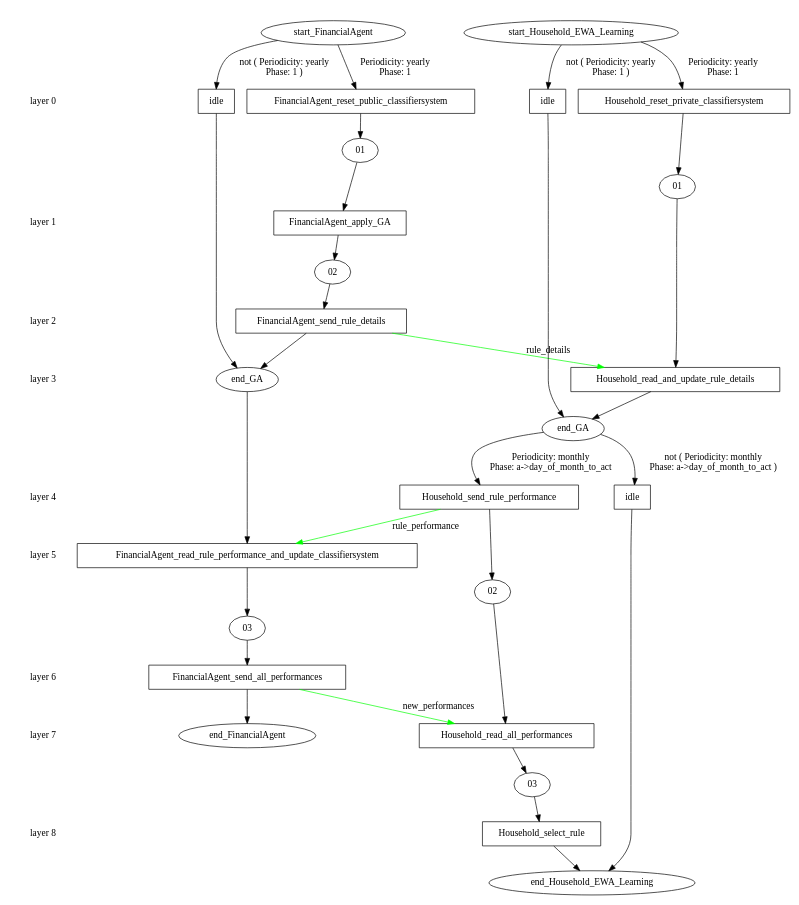
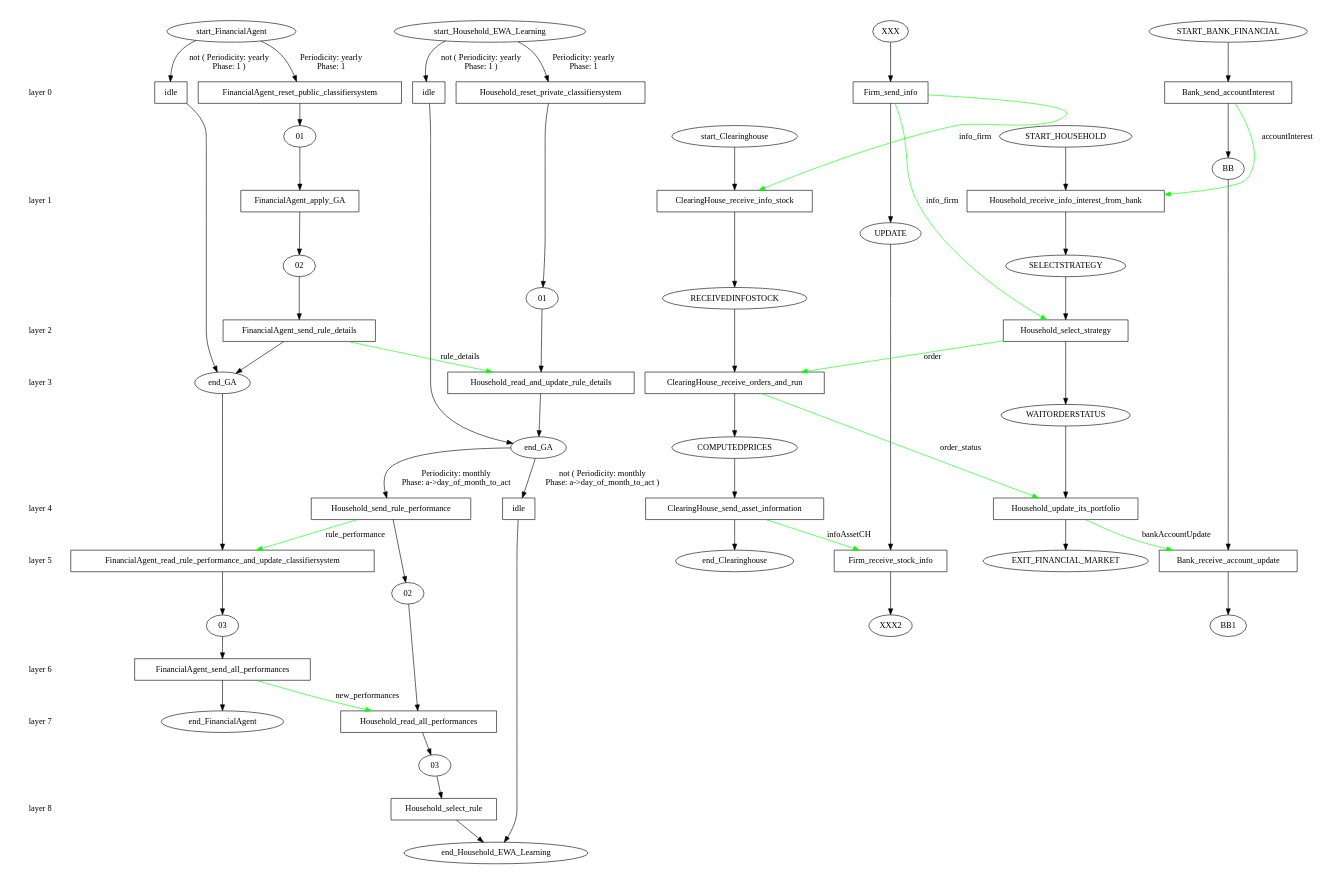
Before and after one commit to ETACE/EURACE: the diagram in models/AFM/afm_branches/initial/stategraph.dot, drawn with Graphviz. The commit also changed 7 other files, not shown here.

```diff
--- a/models/AFM/afm_branches/initial/stategraph.dot
+++ b/models/AFM/afm_branches/initial/stategraph.dot
@@ -1,90 +1,141 @@
 digraph state_graph {
 	rankdir=TB;
 	size="8,5;"
 	layer_0 [shape=plaintext, label="layer 0"];
 	layer_1 [shape=plaintext, label="layer 1"];
 	layer_0 -> layer_1 [style=invis];
 	layer_2 [shape=plaintext, label="layer 2"];
 	layer_1 -> layer_2 [style=invis];
 	layer_3 [shape=plaintext, label="layer 3"];
 	layer_2 -> layer_3 [style=invis];
 	layer_4 [shape=plaintext, label="layer 4"];
 	layer_3 -> layer_4 [style=invis];
 	layer_5 [shape=plaintext, label="layer 5"];
 	layer_4 -> layer_5 [style=invis];
 	layer_6 [shape=plaintext, label="layer 6"];
 	layer_5 -> layer_6 [style=invis];
 	layer_7 [shape=plaintext, label="layer 7"];
 	layer_6 -> layer_7 [style=invis];
 	layer_8 [shape=plaintext, label="layer 8"];
 	layer_7 -> layer_8 [style=invis];
 	
 	/* States */
 	FinancialAgent_end_FinancialAgent [label = "end_FinancialAgent"]
 	FinancialAgent_03 [label = "03"]
 	FinancialAgent_02 [label = "02"]
 	FinancialAgent_01 [label = "01"]
 	FinancialAgent_end_GA [label = "end_GA"]
 	FinancialAgent_start_FinancialAgent [label = "start_FinancialAgent"]
+	Household_EXIT_FINANCIAL_MARKET [label = "EXIT_FINANCIAL_MARKET"]
+	Household_WAITORDERSTATUS [label = "WAITORDERSTATUS"]
+	Household_SELECTSTRATEGY [label = "SELECTSTRATEGY"]
+	Household_START_HOUSEHOLD [label = "START_HOUSEHOLD"]
 	Household_03 [label = "03"]
 	Household_02 [label = "02"]
 	Household_end_Household_EWA_Learning [label = "end_Household_EWA_Learning"]
 	Household_01 [label = "01"]
 	Household_end_GA [label = "end_GA"]
 	Household_start_Household_EWA_Learning [label = "start_Household_EWA_Learning"]
+	Clearinghouse_end_Clearinghouse [label = "end_Clearinghouse"]
+	Clearinghouse_COMPUTEDPRICES [label = "COMPUTEDPRICES"]
+	Clearinghouse_RECEIVEDINFOSTOCK [label = "RECEIVEDINFOSTOCK"]
+	Clearinghouse_start_Clearinghouse [label = "start_Clearinghouse"]
+	Bank_BB1 [label = "BB1"]
+	Bank_BB [label = "BB"]
+	Bank_START_BANK_FINANCIAL [label = "START_BANK_FINANCIAL"]
+	Firm_XXX2 [label = "XXX2"]
+	Firm_UPDATE [label = "UPDATE"]
+	Firm_XXX [label = "XXX"]
 	FinancialAgent_idle_start_FinancialAgent_end_GA [label = "idle", shape = rect]
 	FinancialAgent_FinancialAgent_reset_public_classifiersystem_start_FinancialAgent_01 [label = "FinancialAgent_reset_public_classifiersystem", shape = rect]
 	FinancialAgent_FinancialAgent_apply_GA_01_02 [label = "FinancialAgent_apply_GA", shape = rect]
 	FinancialAgent_FinancialAgent_send_rule_details_02_end_GA [label = "FinancialAgent_send_rule_details", shape = rect]
 	FinancialAgent_FinancialAgent_read_rule_performance_and_update_classifiersystem_end_GA_03 [label = "FinancialAgent_read_rule_performance_and_update_classifiersystem", shape = rect]
 	FinancialAgent_FinancialAgent_send_all_performances_03_end_FinancialAgent [label = "FinancialAgent_send_all_performances", shape = rect]
 	Household_idle_start_Household_EWA_Learning_end_GA [label = "idle", shape = rect]
 	Household_Household_reset_private_classifiersystem_start_Household_EWA_Learning_01 [label = "Household_reset_private_classifiersystem", shape = rect]
 	Household_Household_read_and_update_rule_details_01_end_GA [label = "Household_read_and_update_rule_details", shape = rect]
 	Household_idle_end_GA_end_Household_EWA_Learning [label = "idle", shape = rect]
 	Household_Household_send_rule_performance_end_GA_02 [label = "Household_send_rule_performance", shape = rect]
 	Household_Household_read_all_performances_02_03 [label = "Household_read_all_performances", shape = rect]
 	Household_Household_select_rule_03_end_Household_EWA_Learning [label = "Household_select_rule", shape = rect]
+	Household_Household_receive_info_interest_from_bank_START_HOUSEHOLD_SELECTSTRATEGY [label = "Household_receive_info_interest_from_bank", shape = rect]
+	Household_Household_select_strategy_SELECTSTRATEGY_WAITORDERSTATUS [label = "Household_select_strategy", shape = rect]
+	Household_Household_update_its_portfolio_WAITORDERSTATUS_EXIT_FINANCIAL_MARKET [label = "Household_update_its_portfolio", shape = rect]
+	Clearinghouse_ClearingHouse_receive_info_stock_start_Clearinghouse_RECEIVEDINFOSTOCK [label = "ClearingHouse_receive_info_stock", shape = rect]
+	Clearinghouse_ClearingHouse_receive_orders_and_run_RECEIVEDINFOSTOCK_COMPUTEDPRICES [label = "ClearingHouse_receive_orders_and_run", shape = rect]
+	Clearinghouse_ClearingHouse_send_asset_information_COMPUTEDPRICES_end_Clearinghouse [label = "ClearingHouse_send_asset_information", shape = rect]
+	Bank_Bank_send_accountInterest_START_BANK_FINANCIAL_BB [label = "Bank_send_accountInterest", shape = rect]
+	Bank_Bank_receive_account_update_BB_BB1 [label = "Bank_receive_account_update", shape = rect]
+	Firm_Firm_send_info_XXX_UPDATE [label = "Firm_send_info", shape = rect]
+	Firm_Firm_receive_stock_info_UPDATE_XXX2 [label = "Firm_receive_stock_info", shape = rect]
 	
 	/* Transitions */
 	FinancialAgent_start_FinancialAgent -> FinancialAgent_idle_start_FinancialAgent_end_GA [ label = "not ( Periodicity: yearly\nPhase: 1 )"];
 	FinancialAgent_idle_start_FinancialAgent_end_GA -> FinancialAgent_end_GA;
 	FinancialAgent_start_FinancialAgent -> FinancialAgent_FinancialAgent_reset_public_classifiersystem_start_FinancialAgent_01 [ label = "Periodicity: yearly\nPhase: 1"];
 	FinancialAgent_FinancialAgent_reset_public_classifiersystem_start_FinancialAgent_01 -> FinancialAgent_01;
 	FinancialAgent_01 -> FinancialAgent_FinancialAgent_apply_GA_01_02;
 	FinancialAgent_FinancialAgent_apply_GA_01_02 -> FinancialAgent_02;
 	FinancialAgent_02 -> FinancialAgent_FinancialAgent_send_rule_details_02_end_GA;
 	FinancialAgent_FinancialAgent_send_rule_details_02_end_GA -> FinancialAgent_end_GA;
 	FinancialAgent_end_GA -> FinancialAgent_FinancialAgent_read_rule_performance_and_update_classifiersystem_end_GA_03;
 	FinancialAgent_FinancialAgent_read_rule_performance_and_update_classifiersystem_end_GA_03 -> FinancialAgent_03;
 	FinancialAgent_03 -> FinancialAgent_FinancialAgent_send_all_performances_03_end_FinancialAgent;
 	FinancialAgent_FinancialAgent_send_all_performances_03_end_FinancialAgent -> FinancialAgent_end_FinancialAgent;
 	Household_start_Household_EWA_Learning -> Household_idle_start_Household_EWA_Learning_end_GA [ label = "not ( Periodicity: yearly\nPhase: 1 )"];
 	Household_idle_start_Household_EWA_Learning_end_GA -> Household_end_GA;
 	Household_start_Household_EWA_Learning -> Household_Household_reset_private_classifiersystem_start_Household_EWA_Learning_01 [ label = "Periodicity: yearly\nPhase: 1"];
 	Household_Household_reset_private_classifiersystem_start_Household_EWA_Learning_01 -> Household_01;
 	Household_01 -> Household_Household_read_and_update_rule_details_01_end_GA;
 	Household_Household_read_and_update_rule_details_01_end_GA -> Household_end_GA;
 	Household_end_GA -> Household_idle_end_GA_end_Household_EWA_Learning [ label = "not ( Periodicity: monthly\nPhase: a->day_of_month_to_act )"];
 	Household_idle_end_GA_end_Household_EWA_Learning -> Household_end_Household_EWA_Learning;
 	Household_end_GA -> Household_Household_send_rule_performance_end_GA_02 [ label = "Periodicity: monthly\nPhase: a->day_of_month_to_act"];
 	Household_Household_send_rule_performance_end_GA_02 -> Household_02;
 	Household_02 -> Household_Household_read_all_performances_02_03;
 	Household_Household_read_all_performances_02_03 -> Household_03;
 	Household_03 -> Household_Household_select_rule_03_end_Household_EWA_Learning;
 	Household_Household_select_rule_03_end_Household_EWA_Learning -> Household_end_Household_EWA_Learning;
+	Household_START_HOUSEHOLD -> Household_Household_receive_info_interest_from_bank_START_HOUSEHOLD_SELECTSTRATEGY;
+	Household_Household_receive_info_interest_from_bank_START_HOUSEHOLD_SELECTSTRATEGY -> Household_SELECTSTRATEGY;
+	Household_SELECTSTRATEGY -> Household_Household_select_strategy_SELECTSTRATEGY_WAITORDERSTATUS;
+	Household_Household_select_strategy_SELECTSTRATEGY_WAITORDERSTATUS -> Household_WAITORDERSTATUS;
+	Household_WAITORDERSTATUS -> Household_Household_update_its_portfolio_WAITORDERSTATUS_EXIT_FINANCIAL_MARKET;
+	Household_Household_update_its_portfolio_WAITORDERSTATUS_EXIT_FINANCIAL_MARKET -> Household_EXIT_FINANCIAL_MARKET;
+	Clearinghouse_start_Clearinghouse -> Clearinghouse_ClearingHouse_receive_info_stock_start_Clearinghouse_RECEIVEDINFOSTOCK;
+	Clearinghouse_ClearingHouse_receive_info_stock_start_Clearinghouse_RECEIVEDINFOSTOCK -> Clearinghouse_RECEIVEDINFOSTOCK;
+	Clearinghouse_RECEIVEDINFOSTOCK -> Clearinghouse_ClearingHouse_receive_orders_and_run_RECEIVEDINFOSTOCK_COMPUTEDPRICES;
+	Clearinghouse_ClearingHouse_receive_orders_and_run_RECEIVEDINFOSTOCK_COMPUTEDPRICES -> Clearinghouse_COMPUTEDPRICES;
+	Clearinghouse_COMPUTEDPRICES -> Clearinghouse_ClearingHouse_send_asset_information_COMPUTEDPRICES_end_Clearinghouse;
+	Clearinghouse_ClearingHouse_send_asset_information_COMPUTEDPRICES_end_Clearinghouse -> Clearinghouse_end_Clearinghouse;
+	Bank_START_BANK_FINANCIAL -> Bank_Bank_send_accountInterest_START_BANK_FINANCIAL_BB;
+	Bank_Bank_send_accountInterest_START_BANK_FINANCIAL_BB -> Bank_BB;
+	Bank_BB -> Bank_Bank_receive_account_update_BB_BB1;
+	Bank_Bank_receive_account_update_BB_BB1 -> Bank_BB1;
+	Firm_XXX -> Firm_Firm_send_info_XXX_UPDATE;
+	Firm_Firm_send_info_XXX_UPDATE -> Firm_UPDATE;
+	Firm_UPDATE -> Firm_Firm_receive_stock_info_UPDATE_XXX2;
+	Firm_Firm_receive_stock_info_UPDATE_XXX2 -> Firm_XXX2;
 	
 	/* Communications */
+	Clearinghouse_ClearingHouse_send_asset_information_COMPUTEDPRICES_end_Clearinghouse -> Firm_Firm_receive_stock_info_UPDATE_XXX2 [ label = "infoAssetCH" color="#00ff00" constraint=false];
+	Household_Household_update_its_portfolio_WAITORDERSTATUS_EXIT_FINANCIAL_MARKET -> Bank_Bank_receive_account_update_BB_BB1 [ label = "bankAccountUpdate" color="#00ff00" constraint=false];
+	Household_Household_select_strategy_SELECTSTRATEGY_WAITORDERSTATUS -> Clearinghouse_ClearingHouse_receive_orders_and_run_RECEIVEDINFOSTOCK_COMPUTEDPRICES [ label = "order" color="#00ff00" constraint=false];
+	Firm_Firm_send_info_XXX_UPDATE -> Clearinghouse_ClearingHouse_receive_info_stock_start_Clearinghouse_RECEIVEDINFOSTOCK [ label = "info_firm" color="#00ff00" constraint=false];
+	Clearinghouse_ClearingHouse_receive_orders_and_run_RECEIVEDINFOSTOCK_COMPUTEDPRICES -> Household_Household_update_its_portfolio_WAITORDERSTATUS_EXIT_FINANCIAL_MARKET [ label = "order_status" color="#00ff00" constraint=false];
+	Firm_Firm_send_info_XXX_UPDATE -> Household_Household_select_strategy_SELECTSTRATEGY_WAITORDERSTATUS [ label = "info_firm" color="#00ff00" constraint=false];
+	Bank_Bank_send_accountInterest_START_BANK_FINANCIAL_BB -> Household_Household_receive_info_interest_from_bank_START_HOUSEHOLD_SELECTSTRATEGY [ label = "accountInterest" color="#00ff00" constraint=false];
 	FinancialAgent_FinancialAgent_send_all_performances_03_end_FinancialAgent -> Household_Household_read_all_performances_02_03 [ label = "new_performances" color="#00ff00" constraint=false];
 	FinancialAgent_FinancialAgent_send_rule_details_02_end_GA -> Household_Household_read_and_update_rule_details_01_end_GA [ label = "rule_details" color="#00ff00" constraint=false];
 	Household_Household_send_rule_performance_end_GA_02 -> FinancialAgent_FinancialAgent_read_rule_performance_and_update_classifiersystem_end_GA_03 [ label = "rule_performance" color="#00ff00" constraint=false];
-	{ rank=same; layer_0;  FinancialAgent_idle_start_FinancialAgent_end_GA;  FinancialAgent_FinancialAgent_reset_public_classifiersystem_start_FinancialAgent_01;  Household_idle_start_Household_EWA_Learning_end_GA;  Household_Household_reset_private_classifiersystem_start_Household_EWA_Learning_01; }
-	{ rank=same; layer_1;  FinancialAgent_FinancialAgent_apply_GA_01_02; }
-	{ rank=same; layer_2;  FinancialAgent_FinancialAgent_send_rule_details_02_end_GA; }
-	{ rank=same; layer_3;  Household_Household_read_and_update_rule_details_01_end_GA; }
-	{ rank=same; layer_4;  Household_idle_end_GA_end_Household_EWA_Learning;  Household_Household_send_rule_performance_end_GA_02; }
-	{ rank=same; layer_5;  FinancialAgent_FinancialAgent_read_rule_performance_and_update_classifiersystem_end_GA_03; }
+	{ rank=same; layer_0;  FinancialAgent_idle_start_FinancialAgent_end_GA;  FinancialAgent_FinancialAgent_reset_public_classifiersystem_start_FinancialAgent_01;  Household_idle_start_Household_EWA_Learning_end_GA;  Household_Household_reset_private_classifiersystem_start_Household_EWA_Learning_01;  Bank_Bank_send_accountInterest_START_BANK_FINANCIAL_BB;  Firm_Firm_send_info_XXX_UPDATE; }
+	{ rank=same; layer_1;  FinancialAgent_FinancialAgent_apply_GA_01_02;  Household_Household_receive_info_interest_from_bank_START_HOUSEHOLD_SELECTSTRATEGY;  Clearinghouse_ClearingHouse_receive_info_stock_start_Clearinghouse_RECEIVEDINFOSTOCK; }
+	{ rank=same; layer_2;  FinancialAgent_FinancialAgent_send_rule_details_02_end_GA;  Household_Household_select_strategy_SELECTSTRATEGY_WAITORDERSTATUS; }
+	{ rank=same; layer_3;  Household_Household_read_and_update_rule_details_01_end_GA;  Clearinghouse_ClearingHouse_receive_orders_and_run_RECEIVEDINFOSTOCK_COMPUTEDPRICES; }
+	{ rank=same; layer_4;  Household_idle_end_GA_end_Household_EWA_Learning;  Household_Household_send_rule_performance_end_GA_02;  Household_Household_update_its_portfolio_WAITORDERSTATUS_EXIT_FINANCIAL_MARKET;  Clearinghouse_ClearingHouse_send_asset_information_COMPUTEDPRICES_end_Clearinghouse; }
+	{ rank=same; layer_5;  FinancialAgent_FinancialAgent_read_rule_performance_and_update_classifiersystem_end_GA_03;  Bank_Bank_receive_account_update_BB_BB1;  Firm_Firm_receive_stock_info_UPDATE_XXX2; }
 	{ rank=same; layer_6;  FinancialAgent_FinancialAgent_send_all_performances_03_end_FinancialAgent; }
 	{ rank=same; layer_7;  Household_Household_read_all_performances_02_03; }
 	{ rank=same; layer_8;  Household_Household_select_rule_03_end_Household_EWA_Learning; }
 }
```
